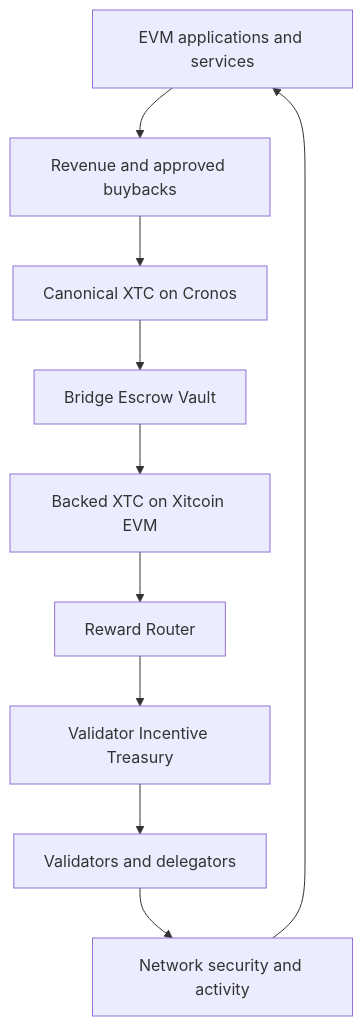
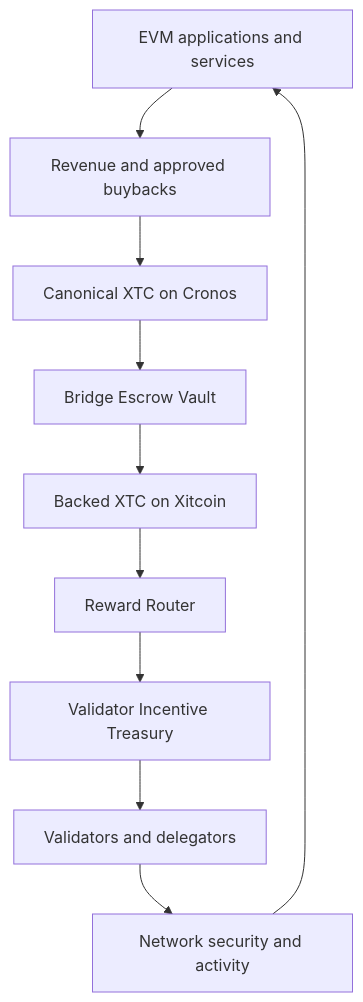
The second of 2 diagrams in staking/validator-incentives.md (xitcoin-org/guide), drawn with Mermaid before and after one commit. The commit also changed other lines of this file, not shown here.

````diff
--- a/staking/validator-incentives.md
+++ b/staking/validator-incentives.md
@@ -79,12 +109,12 @@
 ```mermaid
 flowchart TD
     A["EVM applications and services"] --> B["Revenue and approved buybacks"]
     B --> C["Canonical XTC on Cronos"]
     C --> D["Bridge Escrow Vault"]
-    D --> E["Backed XTC on Xitcoin EVM"]
+    D --> E["Backed XTC on Xitcoin"]
     E --> F["Reward Router"]
     F --> G["Validator Incentive Treasury"]
     G --> H["Validators and delegators"]
     H --> I["Network security and activity"]
     I --> A
 ```
````
